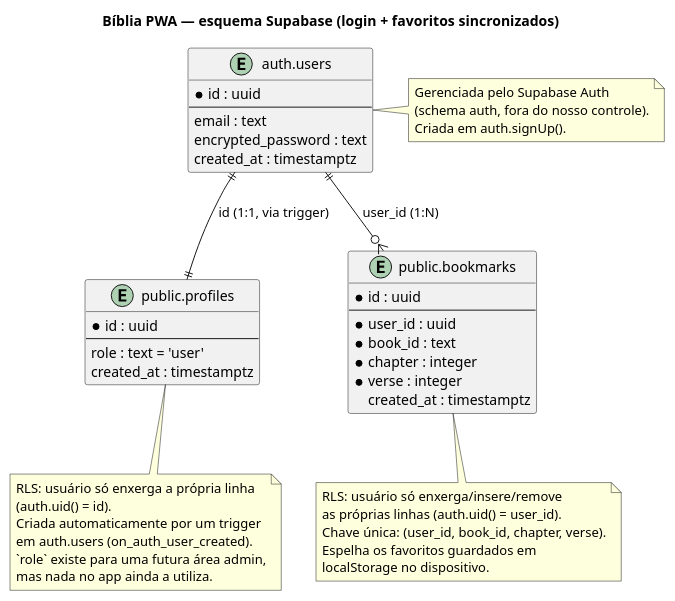
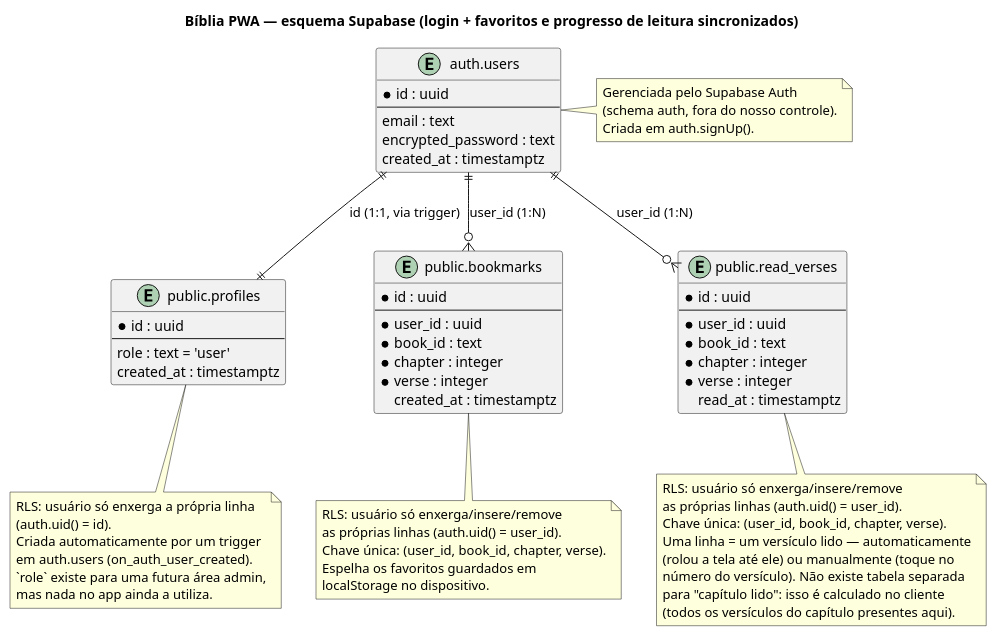
The diagram in supabase/schema.puml (wagnermarques/biblereaderapp), drawn with PlantUML before and after one commit. The commit also changed 10 other files, not shown here.

```diff
--- a/supabase/schema.puml
+++ b/supabase/schema.puml
@@ -1,56 +1,78 @@
 @startuml Biblia PWA - Supabase schema
 
-title Bíblia PWA — esquema Supabase (login + favoritos sincronizados)
+title Bíblia PWA — esquema Supabase (login + favoritos e progresso de leitura sincronizados)
 
 entity "auth.users" as users {
   * id : uuid
   --
   email : text
   encrypted_password : text
   created_at : timestamptz
 }
 
 note right of users
   Gerenciada pelo Supabase Auth
   (schema auth, fora do nosso controle).
   Criada em auth.signUp().
 end note
 
 entity "public.profiles" as profiles {
   * id : uuid
   --
   role : text = 'user'
   created_at : timestamptz
 }
 
 note bottom of profiles
   RLS: usuário só enxerga a própria linha
   (auth.uid() = id).
   Criada automaticamente por um trigger
   em auth.users (on_auth_user_created).
   `role` existe para uma futura área admin,
   mas nada no app ainda a utiliza.
 end note
 
 entity "public.bookmarks" as bookmarks {
   * id : uuid
   --
   * user_id : uuid
   * book_id : text
   * chapter : integer
   * verse : integer
   created_at : timestamptz
 }
 
 note bottom of bookmarks
   RLS: usuário só enxerga/insere/remove
   as próprias linhas (auth.uid() = user_id).
   Chave única: (user_id, book_id, chapter, verse).
   Espelha os favoritos guardados em
   localStorage no dispositivo.
 end note
 
+entity "public.read_verses" as read_verses {
+  * id : uuid
+  --
+  * user_id : uuid
+  * book_id : text
+  * chapter : integer
+  * verse : integer
+  read_at : timestamptz
+}
+
+note bottom of read_verses
+  RLS: usuário só enxerga/insere/remove
+  as próprias linhas (auth.uid() = user_id).
+  Chave única: (user_id, book_id, chapter, verse).
+  Uma linha = um versículo lido — automaticamente
+  (rolou a tela até ele) ou manualmente (toque no
+  número do versículo). Não existe tabela separada
+  para "capítulo lido": isso é calculado no cliente
+  (todos os versículos do capítulo presentes aqui).
+end note
+
 users ||--|| profiles : "id (1:1, via trigger)"
 users ||--o{ bookmarks : "user_id (1:N)"
+users ||--o{ read_verses : "user_id (1:N)"
 
 @enduml
```
